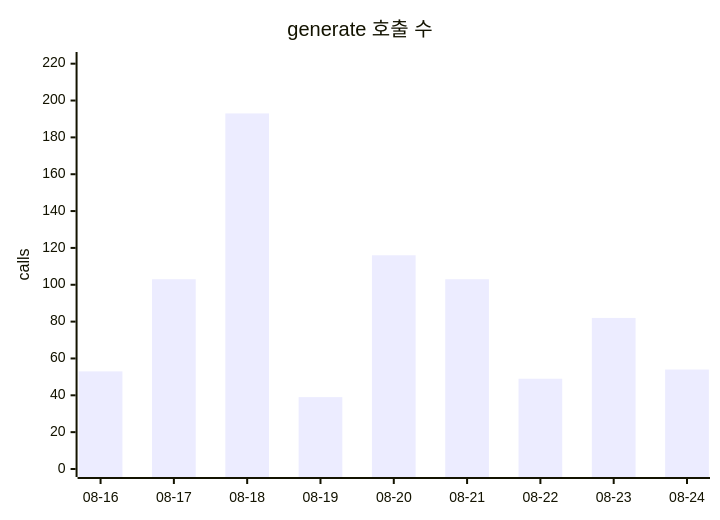
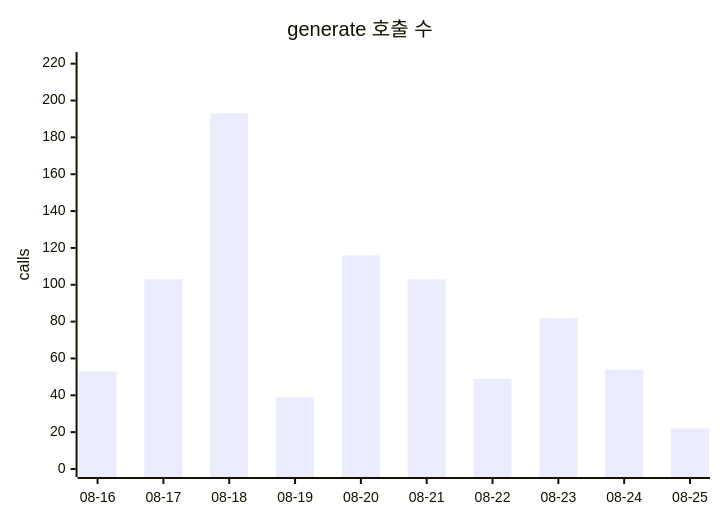
Before and after one commit to userri/PinQ-backend: the first of 2 diagrams in docs/data/token-usage.md, drawn with Mermaid. The commit also changed other lines of this file and 3 other files, not shown here.

````diff
--- a/docs/data/token-usage.md
+++ b/docs/data/token-usage.md
@@ -59,7 +62,7 @@
 ```mermaid
 xychart-beta
     title "generate 호출 수"
-    x-axis ["08-16", "08-17", "08-18", "08-19", "08-20", "08-21", "08-22", "08-23", "08-24"]
+    x-axis ["08-16", "08-17", "08-18", "08-19", "08-20", "08-21", "08-22", "08-23", "08-24", "08-25"]
     y-axis "calls" 0 --> 222
-    bar [53, 103, 193, 39, 116, 103, 49, 82, 54]
+    bar [53, 103, 193, 39, 116, 103, 49, 82, 54, 22]
 ```
````
